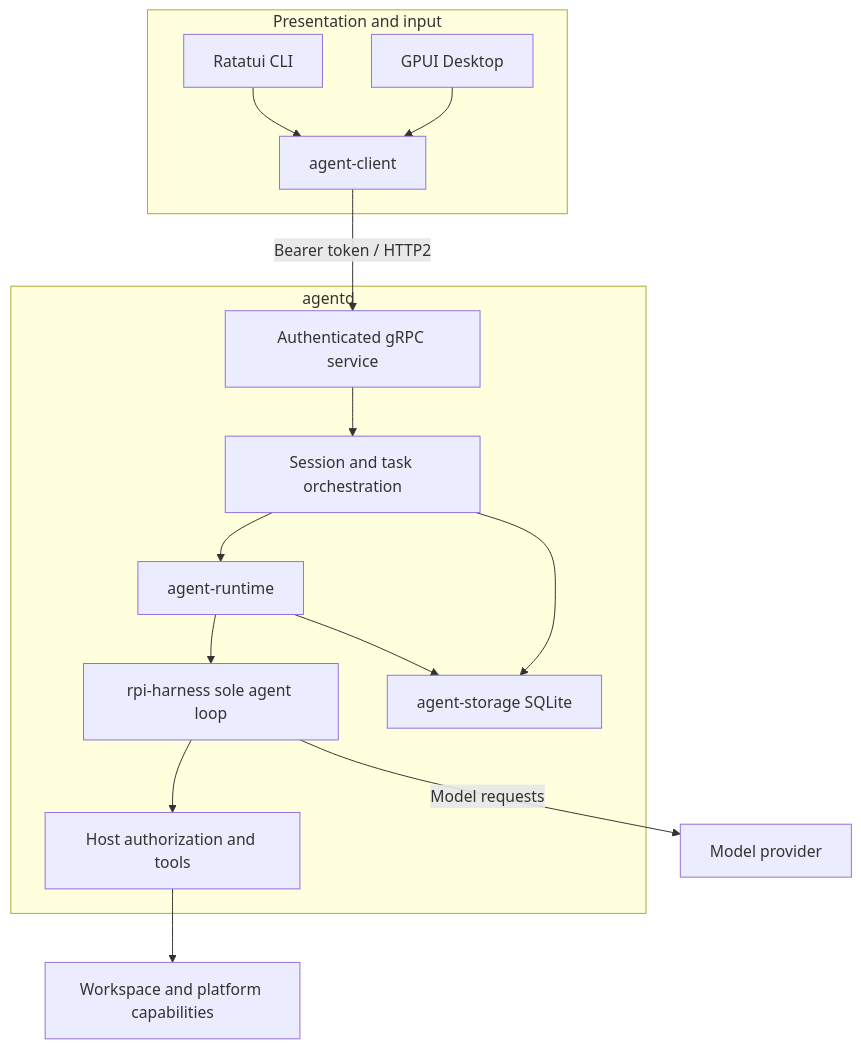
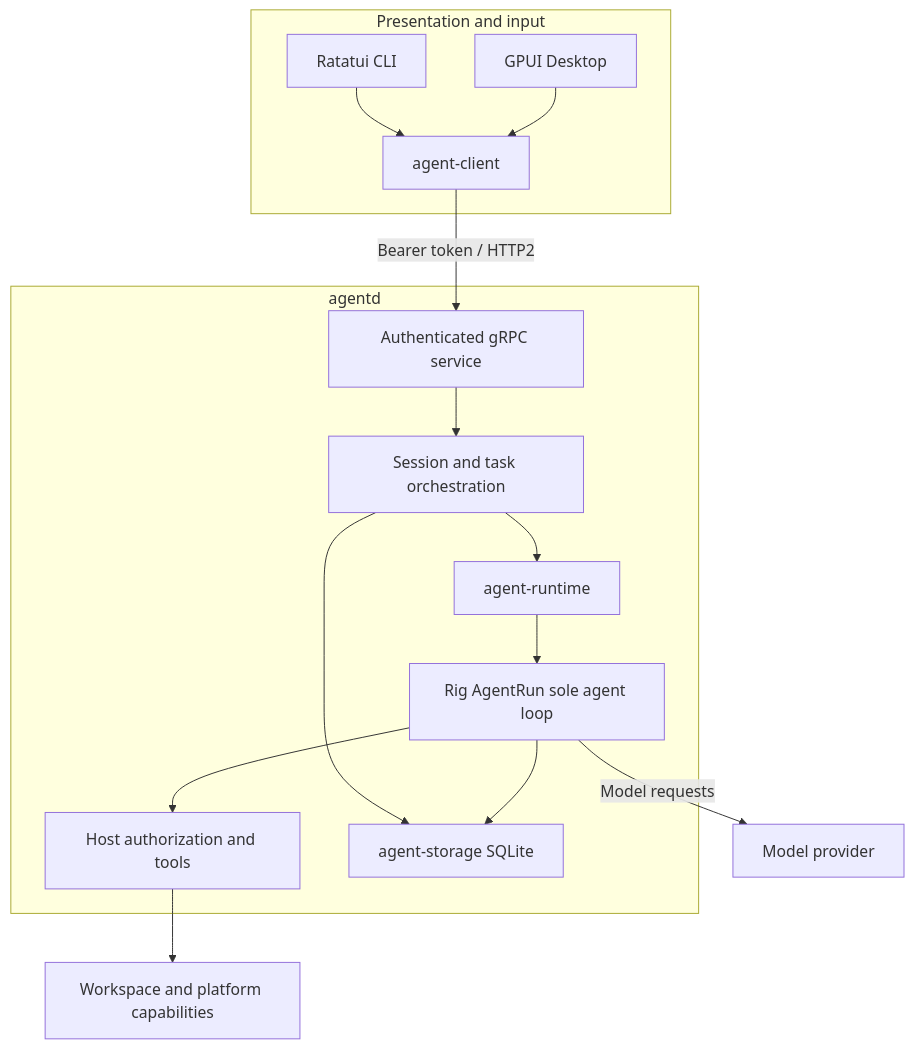
One commit to lyonbrown4d/lyonbrown changed the third of 4 diagrams in docs/en/src/architecture.md. Above: the diagram before and after it, drawn with Mermaid. The commit also changed other lines of this file and 149 other files, not shown here.

````diff
--- a/docs/en/src/architecture.md
+++ b/docs/en/src/architecture.md
@@ -151,27 +151,27 @@
 ```mermaid
 flowchart TB
     subgraph Clients[Presentation and input]
         CLI[Ratatui CLI]
         Desktop[GPUI Desktop]
         Client[agent-client]
         CLI --> Client
         Desktop --> Client
     end
     subgraph Daemon[agentd]
         Service[Authenticated gRPC service]
         Orchestration[Session and task orchestration]
         Runtime[agent-runtime]
-        Harness[rpi-harness sole agent loop]
+        AgentLoop[Rig AgentRun sole agent loop]
         Tools[Host authorization and tools]
         Store[agent-storage SQLite]
         Service --> Orchestration
         Orchestration --> Runtime
-        Runtime --> Harness
-        Harness --> Tools
+        Runtime --> AgentLoop
+        AgentLoop --> Tools
         Orchestration --> Store
-        Runtime --> Store
+        AgentLoop --> Store
     end
     Client -->|Bearer token / HTTP2| Service
-    Harness -->|Model requests| Provider[Model provider]
+    AgentLoop -->|Model requests| Provider[Model provider]
     Tools --> Workspace[Workspace and platform capabilities]
 ```
````
